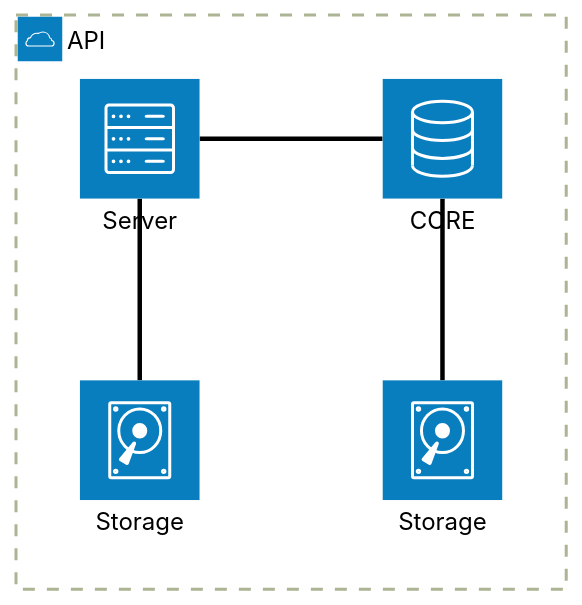
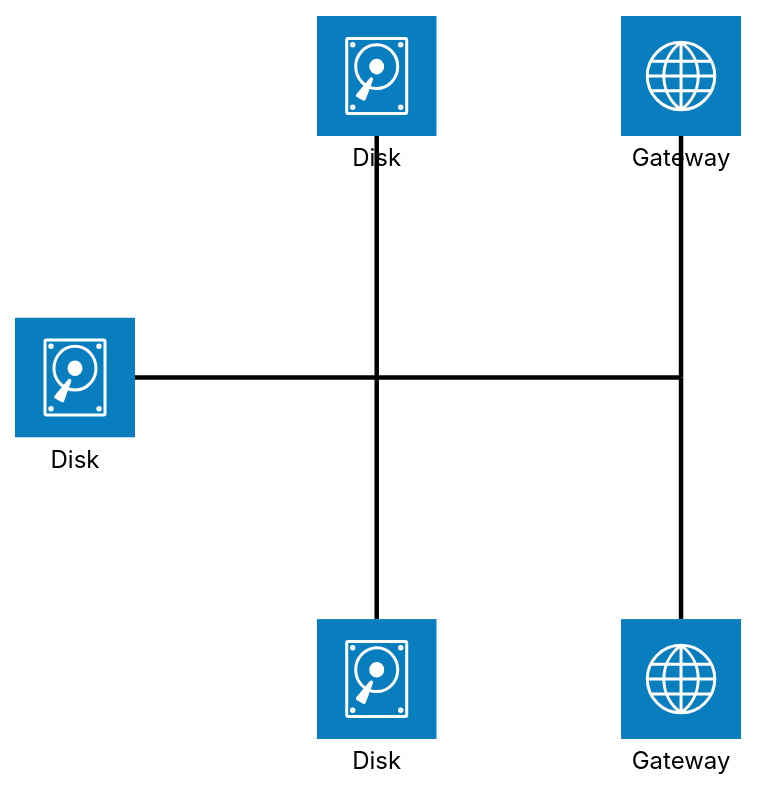
Before and after one commit to sramire3000/documentacion: the diagram in git/command.md, drawn with Mermaid (forest theme).

````diff
--- a/git/command.md
+++ b/git/command.md
@@ -263,14 +263,18 @@
 ```mermaid
 architecture-beta
-    group api(cloud)[API]
+    service left_disk(disk)[Disk]
+    service top_disk(disk)[Disk]
+    service bottom_disk(disk)[Disk]
+    service top_gateway(internet)[Gateway]
+    service bottom_gateway(internet)[Gateway]
+    junction junctionCenter
+    junction junctionRight
 
-    service db(database)[CORE] in api
-    service disk1(disk)[Storage] in api
-    service disk2(disk)[Storage] in api
-    service server(server)[Server] in api
-
-    db:L -- R:server
-    disk1:T -- B:server
-    disk2:T -- B:db
+    left_disk:R -- L:junctionCenter
+    top_disk:B -- T:junctionCenter
+    bottom_disk:T -- B:junctionCenter
+    junctionCenter:R -- L:junctionRight
+    top_gateway:B -- T:junctionRight
+    bottom_gateway:T -- B:junctionRight
 
 ```
````
